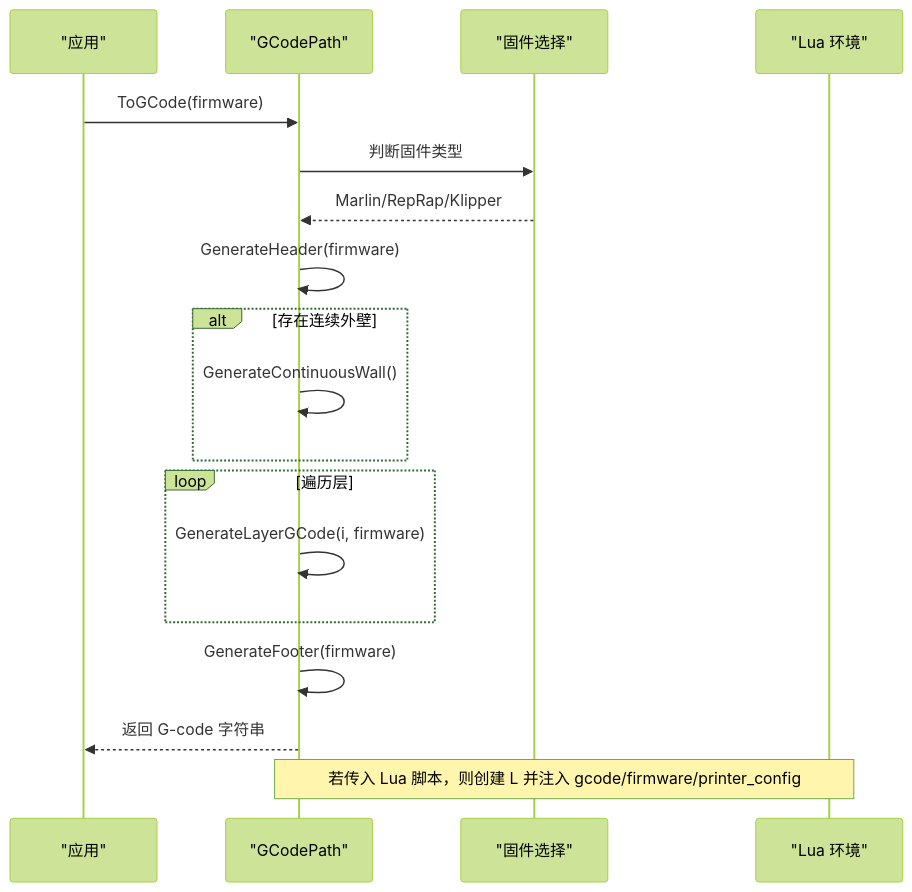
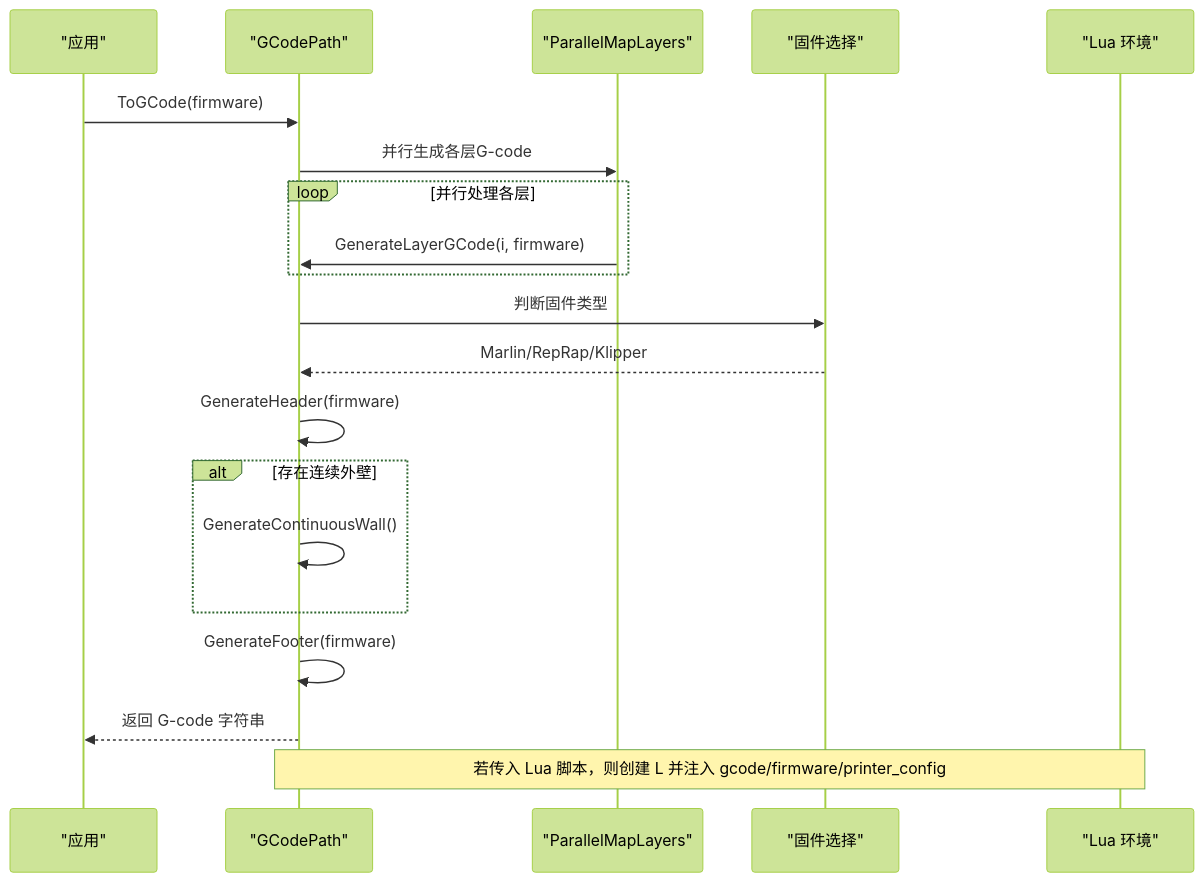
Before and after one commit to hsmbanlance/HsBaSlicer: the fifth of 10 diagrams in .qoder/repowiki/zh/content/核心模块详解/路径输出管理 (Path Output Management)/路径输出管理 (Path Output Management).md, drawn with Mermaid (forest theme). The commit also changed other lines of this file and 365 other files, not shown here.

````diff
--- a/.qoder/repowiki/zh/content/核心模块详解/路径输出管理 (Path Output Management)/路径输出管理 (Path Output Management).md
+++ b/.qoder/repowiki/zh/content/核心模块详解/路径输出管理 (Path Output Management)/路径输出管理 (Path Output Management).md
@@ -255,20 +318,22 @@
 ```mermaid
 sequenceDiagram
 participant App as "应用"
 participant GP as "GCodePath"
+participant PM as "ParallelMapLayers"
 participant FW as "固件选择"
 participant L as "Lua 环境"
 App->>GP : ToGCode(firmware)
+GP->>PM : 并行生成各层G-code
+loop 并行处理各层
+PM->>GP : GenerateLayerGCode(i, firmware)
+end
 GP->>FW : 判断固件类型
 FW-->>GP : Marlin/RepRap/Klipper
 GP->>GP : GenerateHeader(firmware)
 alt 存在连续外壁
 GP->>GP : GenerateContinuousWall()
 end
-loop 遍历层
-GP->>GP : GenerateLayerGCode(i, firmware)
-end
 GP->>GP : GenerateFooter(firmware)
 GP-->>App : 返回 G-code 字符串
 Note over GP,L : 若传入 Lua 脚本，则创建 L 并注入 gcode/firmware/printer_config
 ```
````
